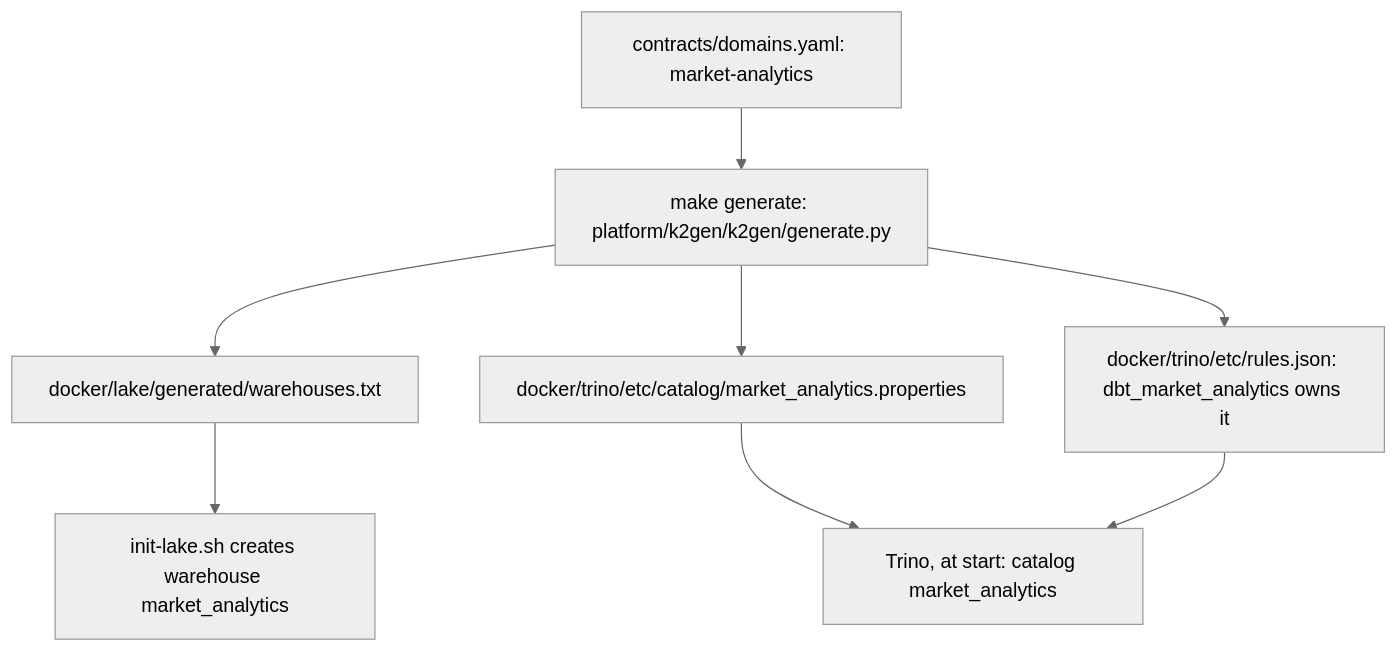
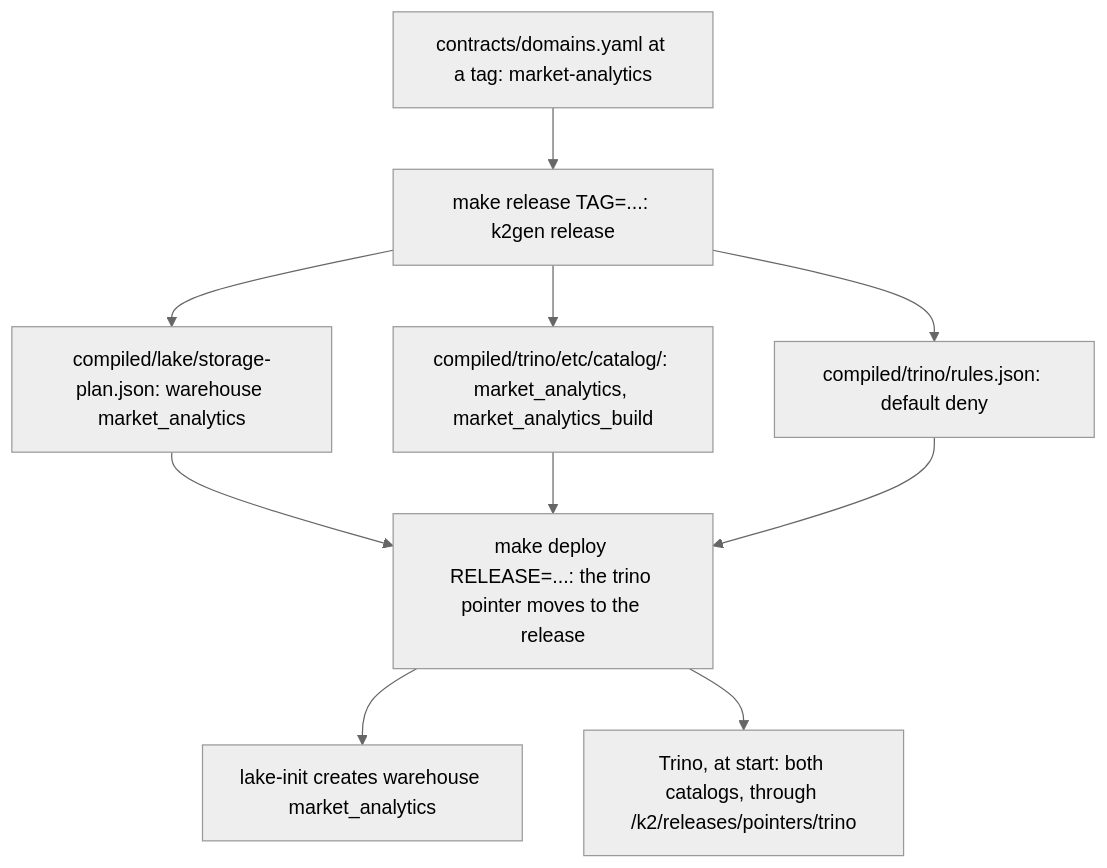
One commit to rjdscott/k2-market-data-platform changed the second of 2 diagrams in docs/architecture/19-lakehouse-and-domain-warehouses.md. Above: the diagram before and after it, drawn with Mermaid (neutral theme). The commit also changed other lines of this file and 17 other files, not shown here.

````diff
--- a/docs/architecture/19-lakehouse-and-domain-warehouses.md
+++ b/docs/architecture/19-lakehouse-and-domain-warehouses.md
@@ -164,14 +175,15 @@
 ```mermaid
 flowchart TB
-  Y["contracts/domains.yaml: market-analytics"]
-  G["make generate: platform/k2gen/k2gen/generate.py"]
-  W["docker/lake/generated/warehouses.txt"]
-  C["docker/trino/etc/catalog/market_analytics.properties"]
-  R["docker/trino/etc/rules.json: dbt_market_analytics owns it"]
-  I["init-lake.sh creates warehouse market_analytics"]
-  T["Trino, at start: catalog market_analytics"]
+  Y["contracts/domains.yaml at a tag: market-analytics"]
+  G["make release TAG=...: k2gen release"]
+  W["compiled/lake/storage-plan.json: warehouse market_analytics"]
+  C["compiled/trino/etc/catalog/: market_analytics, market_analytics_build"]
+  R["compiled/trino/rules.json: default deny"]
+  D["make deploy RELEASE=...: the trino pointer moves to the release"]
+  I["lake-init creates warehouse market_analytics"]
+  T["Trino, at start: both catalogs, through /k2/releases/pointers/trino"]
   Y --> G
   G --> W & C & R
-  W --> I
-  C & R --> T
+  W & C & R --> D
+  D --> I & T
 ```
````
